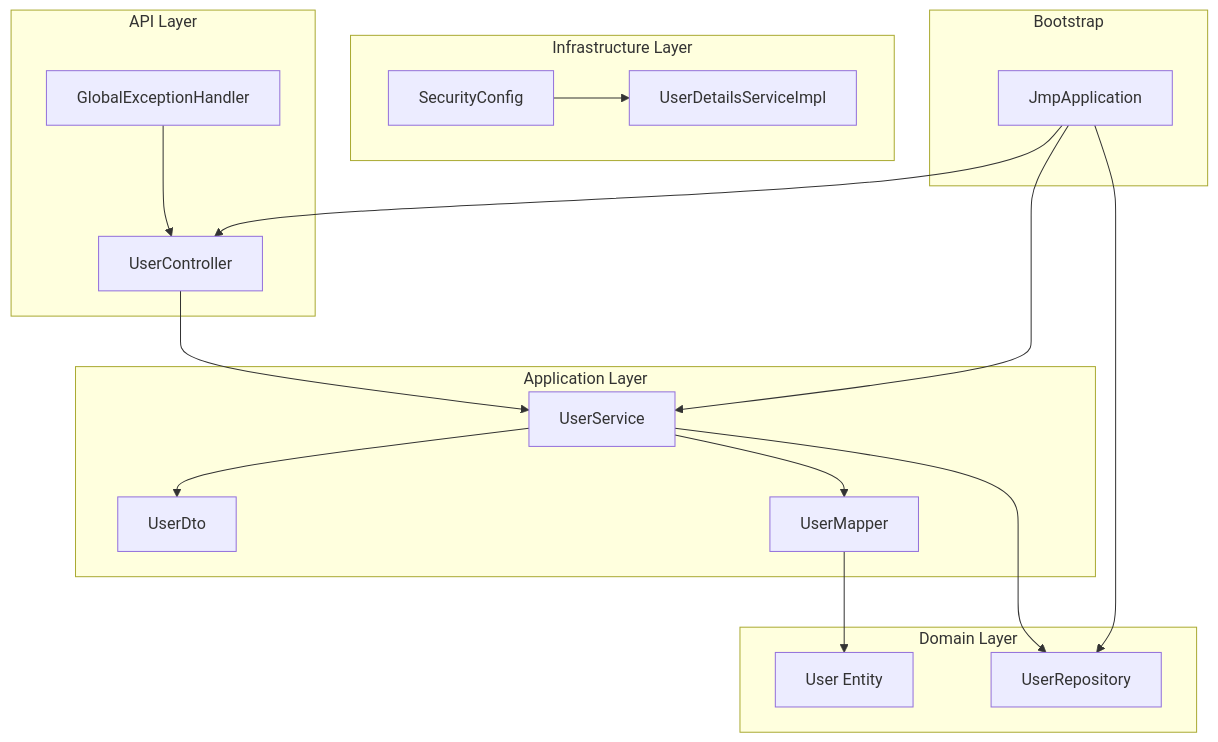
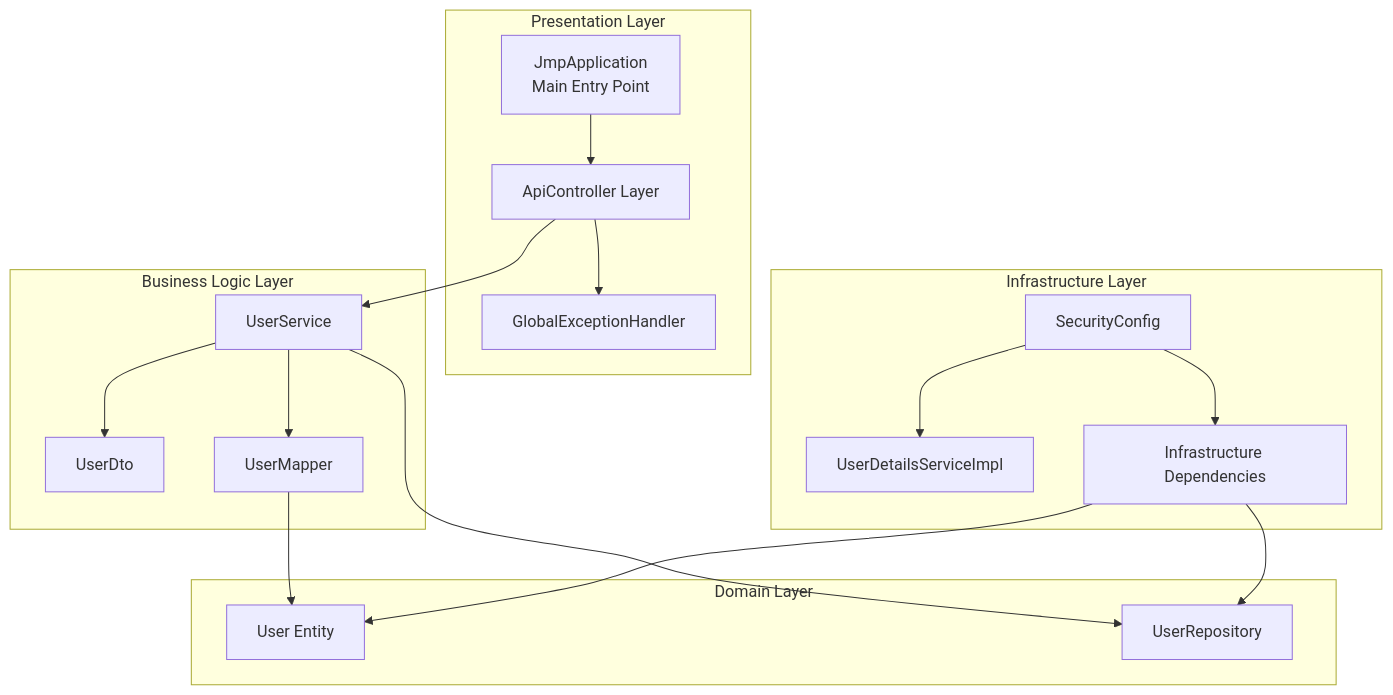
Before and after one commit to Vostrikov2014/vks-qoder: the second of 9 diagrams in .qoder/repowiki/en/content/Backend Modules/Backend Modules.md, drawn with Mermaid. The commit also changed other lines of this file and 9 other files, not shown here.

````diff
--- a/.qoder/repowiki/en/content/Backend Modules/Backend Modules.md
+++ b/.qoder/repowiki/en/content/Backend Modules/Backend Modules.md
@@ -126,33 +147,33 @@
 ```mermaid
 graph TB
-subgraph "API Layer"
-UC["UserController"]
+subgraph "Presentation Layer"
+Web["JmpApplication<br/>Main Entry Point"]
+Api["ApiController Layer"]
 GEH["GlobalExceptionHandler"]
 end
-subgraph "Application Layer"
+subgraph "Business Logic Layer"
 USvc["UserService"]
 UDto["UserDto"]
 UMap["UserMapper"]
 end
 subgraph "Infrastructure Layer"
 SecCfg["SecurityConfig"]
 UDS["UserDetailsServiceImpl"]
+InfraDeps["Infrastructure Dependencies"]
 end
 subgraph "Domain Layer"
 Ent["User Entity"]
 Repo["UserRepository"]
 end
-subgraph "Bootstrap"
-App["JmpApplication"]
-end
-UC --> USvc
-GEH --> UC
+Web --> Api
+Api --> USvc
+Api --> GEH
 USvc --> UDto
 USvc --> UMap
 USvc --> Repo
 UMap --> Ent
 SecCfg --> UDS
-App --> UC
-App --> USvc
-App --> Repo
+SecCfg --> InfraDeps
+InfraDeps --> Repo
+InfraDeps --> Ent
 ```
````
